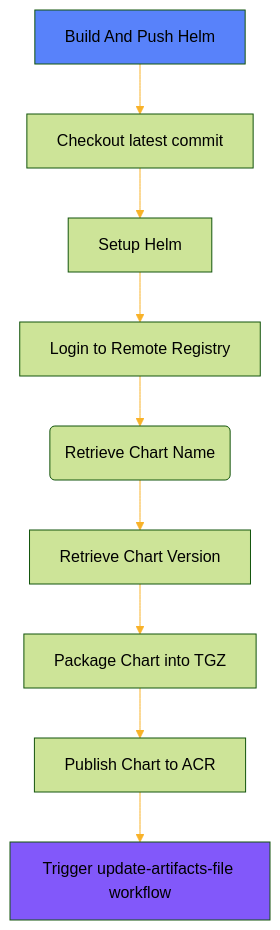
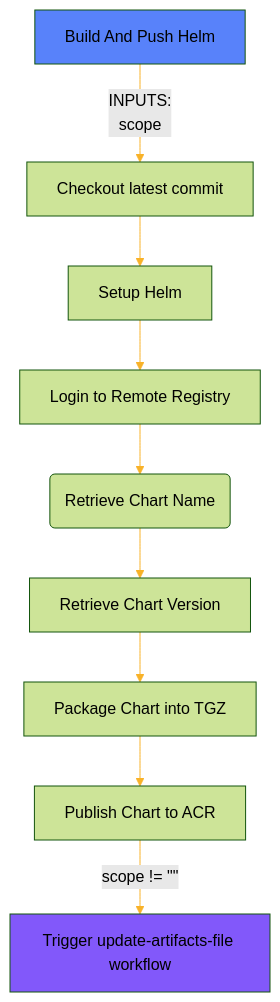
Before and after one commit to shimoncohen/shared-workflows: the second of 5 diagrams in README.md, drawn with Mermaid. The commit also changed other lines of this file, not shown here.

Commit message:
docs: add missing inputs (#20)

````diff
--- a/README.md
+++ b/README.md
@@ -52,21 +52,21 @@
 ```mermaid
 %%{
   init: {
     'theme': 'forest',
     'themeVariables': {
       'lineColor': '#F8B229'
     }
   }
 }%%
 flowchart TD
     classDef head fill:#5882FA
     classDef workflow fill:#8258FA
-    A[Build And Push Helm]:::head --> B[Checkout latest commit]
+    A[Build And Push Helm]:::head -->|INPUTS: \n scope| B[Checkout latest commit]
     B --> C[Setup Helm]
     C --> D[Login to Remote Registry]
     D --> E(Retrieve Chart Name)
     E --> F[Retrieve Chart Version]
     F --> G[Package Chart into TGZ]
     G --> H[Publish Chart to ACR]
-    H --> I[Trigger update-artifacts-file workflow]:::workflow
+    H -->|scope != #quot;#quot;| I[Trigger update-artifacts-file workflow]:::workflow
 ```
````
